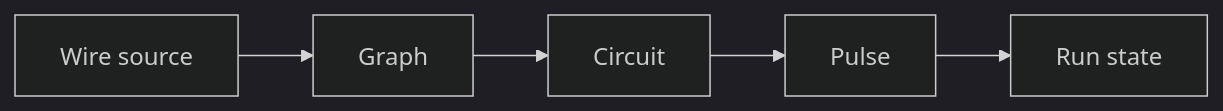
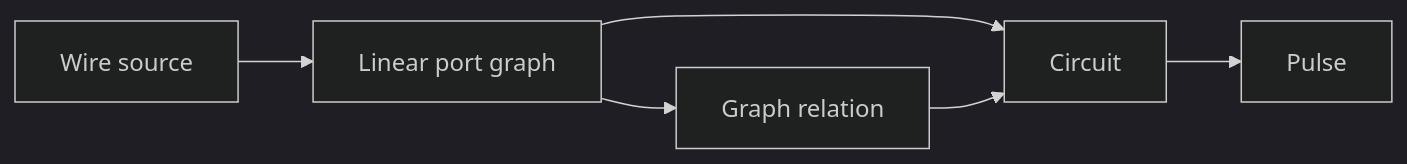
One commit to Digimuoto/cortex changed the diagram in docs/Architecture/04-graph-and-circuit.md. Above: the diagram before and after it, drawn with Mermaid (dark theme). The commit also changed other lines of this file and 13 other files, not shown here.

First line of the commit message:
docs(wire): document linear port graph layer

````diff
--- a/docs/Architecture/04-graph-and-circuit.md
+++ b/docs/Architecture/04-graph-and-circuit.md
@@ -31,7 +33,8 @@
 ```mermaid
 flowchart LR
-    W[Wire source] --> G[Graph]
-    G --> C[Circuit]
+    W[Wire source] --> L[Linear port graph]
+    L --> G[Graph relation]
+    L --> C[Circuit]
+    G --> C
     C --> P[Pulse]
-    P --> R[Run state]
 ```
````
